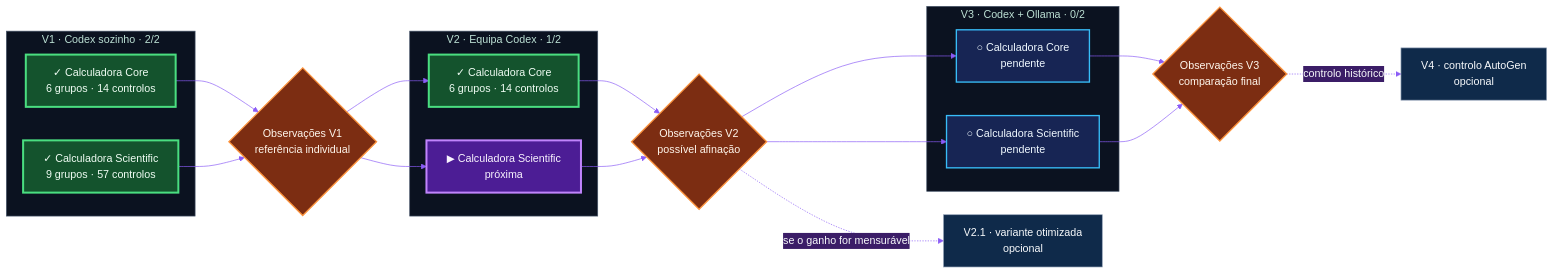
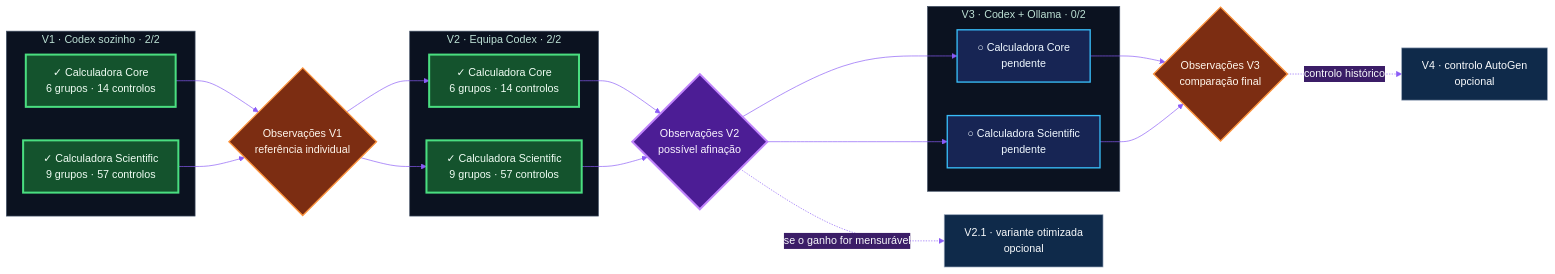
Before and after one commit to ERICRAC/AgentBench-2026: the diagram in README.pt.md, drawn with Mermaid. The commit also changed other lines of this file and 18 other files, not shown here.

````diff
--- a/README.pt.md
+++ b/README.pt.md
@@ -38,44 +38,44 @@
 ```mermaid
 %%{init: {"theme": "base", "themeVariables": {
   "primaryColor": "#0f2a4a", "primaryTextColor": "#f8fafc",
   "primaryBorderColor": "#22d3ee", "secondaryColor": "#3b1d67",
   "tertiaryColor": "#431f2b", "fontFamily": "system-ui",
   "lineColor": "#8b5cf6", "clusterBkg": "#0b1220",
   "clusterBorder": "#475569"
 }}}%%
 flowchart LR
     subgraph V1["V1 · Codex sozinho · 2/2"]
       V1C["✓ Calculadora Core<br/>6 grupos · 14 controlos"]
       V1S["✓ Calculadora Scientific<br/>9 grupos · 57 controlos"]
     end
     G1{"Observações V1<br/>referência individual"}
-    subgraph V2["V2 · Equipa Codex · 1/2"]
+    subgraph V2["V2 · Equipa Codex · 2/2"]
       V2C["✓ Calculadora Core<br/>6 grupos · 14 controlos"]
-      V2S["▶ Calculadora Scientific<br/>próxima"]
+      V2S["✓ Calculadora Scientific<br/>9 grupos · 57 controlos"]
     end
     G2{"Observações V2<br/>possível afinação"}
     V21["V2.1 · variante otimizada<br/>opcional"]
     subgraph V3["V3 · Codex + Ollama · 0/2"]
       V3C["○ Calculadora Core<br/>pendente"]
       V3S["○ Calculadora Scientific<br/>pendente"]
     end
     G3{"Observações V3<br/>comparação final"}
     V4["V4 · controlo AutoGen<br/>opcional"]
     V1C & V1S --> G1
     G1 --> V2C & V2S
     V2C & V2S --> G2
     G2 -. "se o ganho for mensurável" .-> V21
     G2 --> V3C & V3S
     V3C & V3S --> G3
     G3 -. "controlo histórico" .-> V4
     classDef done fill:#14532d,stroke:#4ade80,color:#f0fdf4,stroke-width:3px;
     classDef next fill:#4c1d95,stroke:#c084fc,color:#faf5ff,stroke-width:3px;
     classDef todo fill:#172554,stroke:#38bdf8,color:#f0f9ff,stroke-width:2px;
     classDef gate fill:#7c2d12,stroke:#fb923c,color:#fff7ed,stroke-width:2px;
     classDef optional fill:#0f2a4a,stroke:#94a3b8,color:#f8fafc;
-    class V1C,V1S,V2C done;
-    class V2S next;
+    class V1C,V1S,V2C,V2S done;
     class V3C,V3S todo;
-    class G1,G2,G3 gate;
+    class G1,G3 gate;
+    class G2 next;
     class V21,V4 optional;
 ```
````
